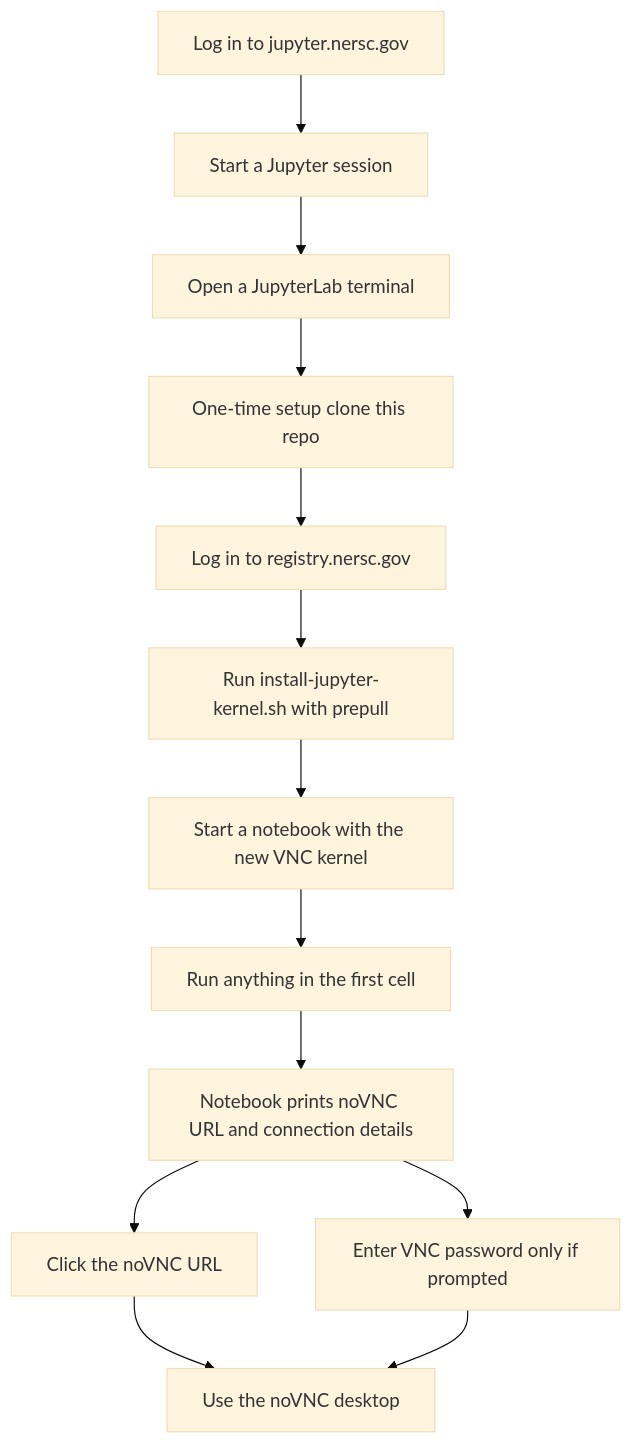
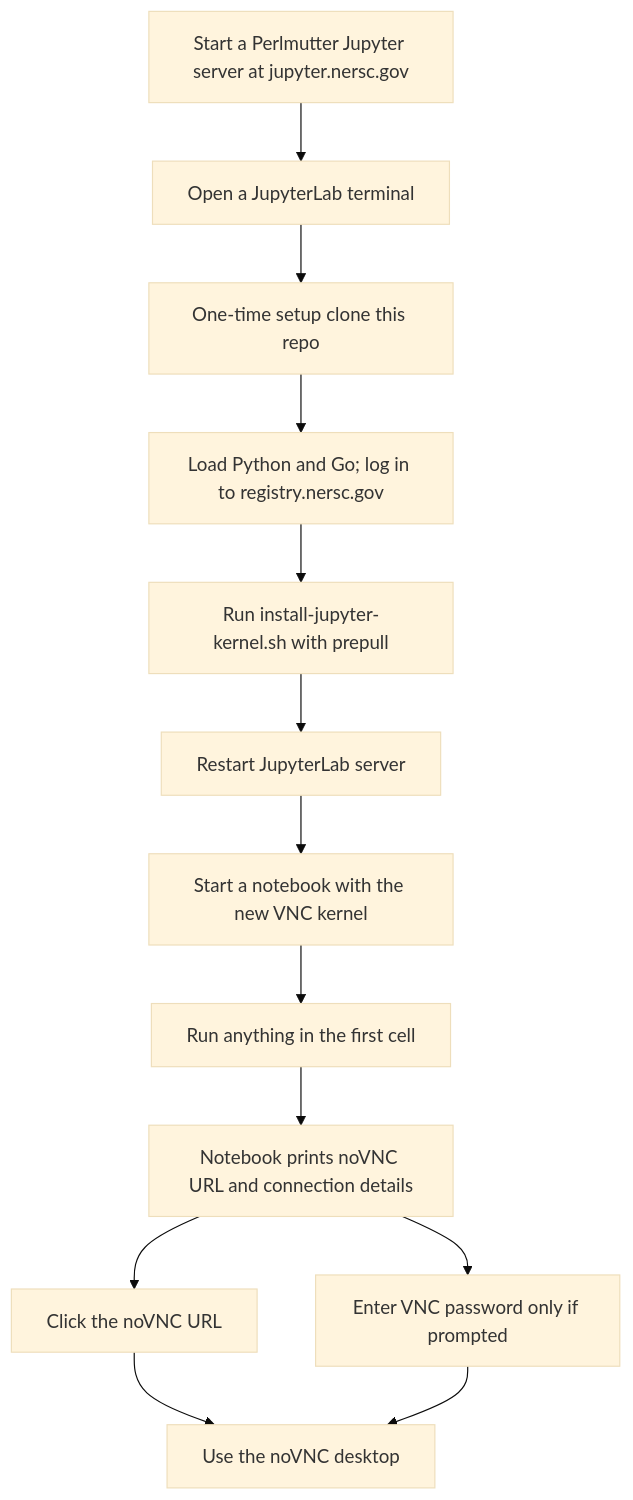
Before and after one commit to NERSC/perlmutter-desktop-containers: the first of 4 diagrams in README.md, drawn with Mermaid (base theme). The commit also changed other lines of this file, not shown here.

Commit message:
Reconcile Perlmutter user guide for November 2026

````diff
--- a/README.md
+++ b/README.md
@@ -84,28 +110,27 @@
 ```mermaid
 flowchart TD
-    login[Log in to jupyter.nersc.gov]
-    session[Start a Jupyter session]
+    login[Start a Perlmutter Jupyter server at jupyter.nersc.gov]
     terminal[Open a JupyterLab terminal]
     clone[One-time setup clone this repo]
-    registry[Log in to registry.nersc.gov]
+    registry[Load Python and Go; log in to registry.nersc.gov]
     install[Run install-jupyter-kernel.sh with prepull]
     notebook[Start a notebook with the new VNC kernel]
     firstcell[Run anything in the first cell]
     output[Notebook prints noVNC URL and connection details]
     openurl[Click the noVNC URL]
     password[Enter VNC password only if prompted]
     desktop[Use the noVNC desktop]
 
-    login --> session
-    session --> terminal
+    login --> terminal
     terminal --> clone
     clone --> registry
     registry --> install
-    install --> notebook
+    install --> restart[Restart JupyterLab server]
+    restart --> notebook
     notebook --> firstcell
     firstcell --> output
     output --> openurl
     output --> password
     openurl --> desktop
     password --> desktop
 ```
````
